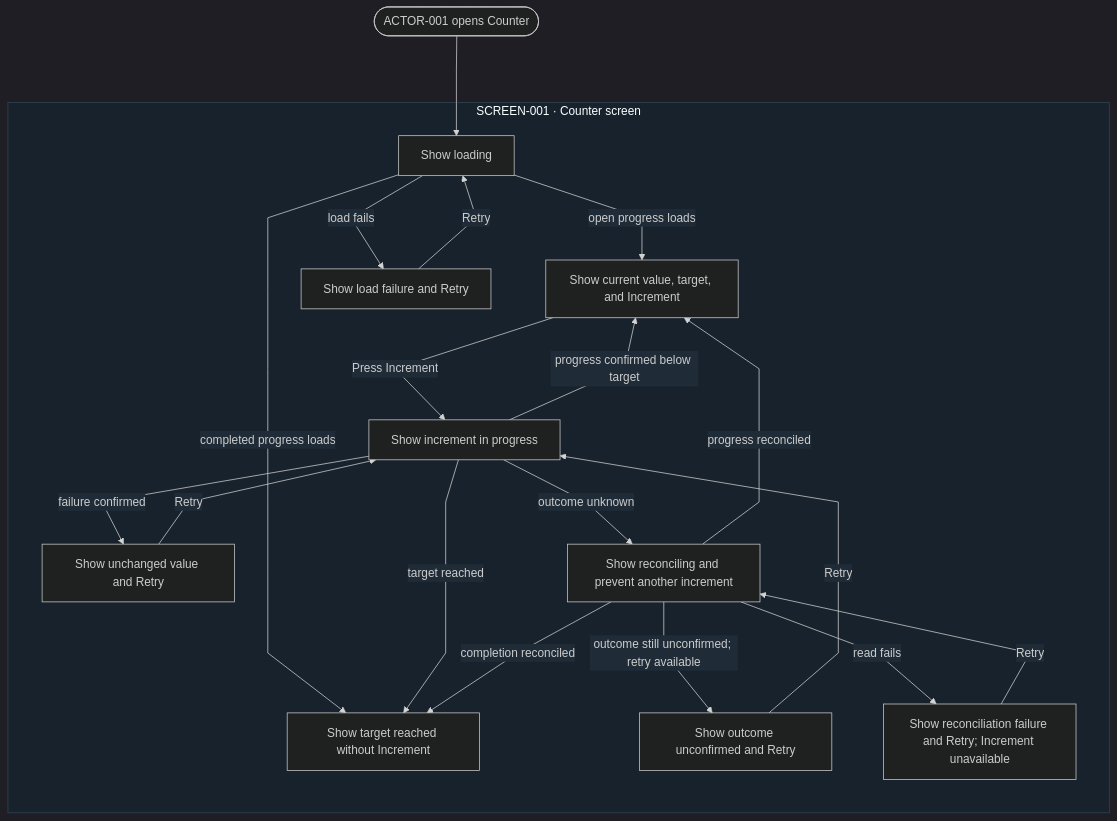
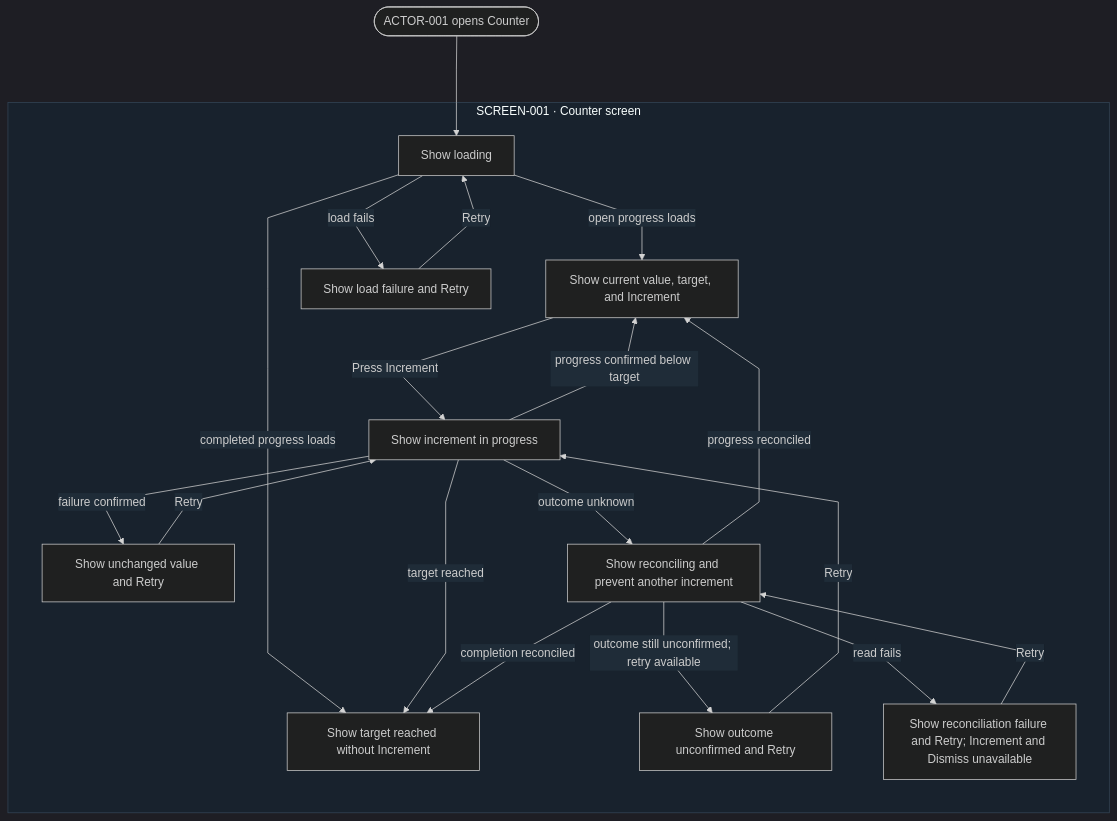
The diagram in skills/product-intent-manager/assets/example-product-intent-package/experience/user-flows.md (swabbiedotdev/product-intent-package), drawn with Mermaid before and after one commit. The commit also changed 18 other files, not shown here.

Commit message:
docs: strengthen modular diagram-first PIP guidance

````diff
--- a/skills/product-intent-manager/assets/example-product-intent-package/experience/user-flows.md
+++ b/skills/product-intent-manager/assets/example-product-intent-package/experience/user-flows.md
@@ -14,38 +14,38 @@
 ```mermaid
 ---
 config:
   theme: dark
   flowchart:
     nodeSpacing: 70
     rankSpacing: 90
     curve: linear
   themeVariables:
     clusterBkg: '#18222d'
     clusterBorder: '#344556'
     edgeLabelBackground: '#1f2c38'
 ---
 flowchart TD
   START(["ACTOR-001 opens Counter"])
 
   subgraph SCREEN_001["SCREEN-001 · Counter screen"]
     LOADING["Show loading"] -->|open progress loads| READY["Show current value, target, and Increment"]
     LOADING -->|completed progress loads| COMPLETE["Show target reached without Increment"]
     LOADING -->|load fails| LOAD_ERROR["Show load failure and Retry"]
     LOAD_ERROR -->|Retry| LOADING
 
     READY -->|Press Increment| SUBMITTING["Show increment in progress"]
     SUBMITTING -->|progress confirmed below target| READY
     SUBMITTING -->|target reached| COMPLETE
     SUBMITTING -->|failure confirmed| RETRY["Show unchanged value and Retry"]
     RETRY -->|Retry| SUBMITTING
     SUBMITTING -->|outcome unknown| RECONCILE["Show reconciling and prevent another increment"]
     RECONCILE -->|progress reconciled| READY
     RECONCILE -->|completion reconciled| COMPLETE
     RECONCILE -->|outcome still unconfirmed; retry available| UNKNOWN["Show outcome unconfirmed and Retry"]
     UNKNOWN -->|Retry| SUBMITTING
-    RECONCILE -->|read fails| READ_ERROR["Show reconciliation failure and Retry; Increment unavailable"]
+    RECONCILE -->|read fails| READ_ERROR["Show reconciliation failure and Retry; Increment and Dismiss unavailable"]
     READ_ERROR -->|Retry| RECONCILE
   end
 
   START --> LOADING
 ```
````
